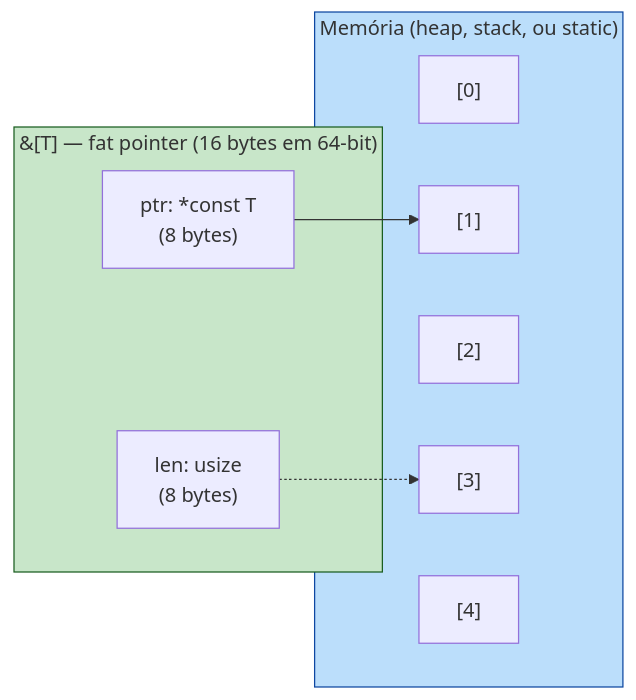
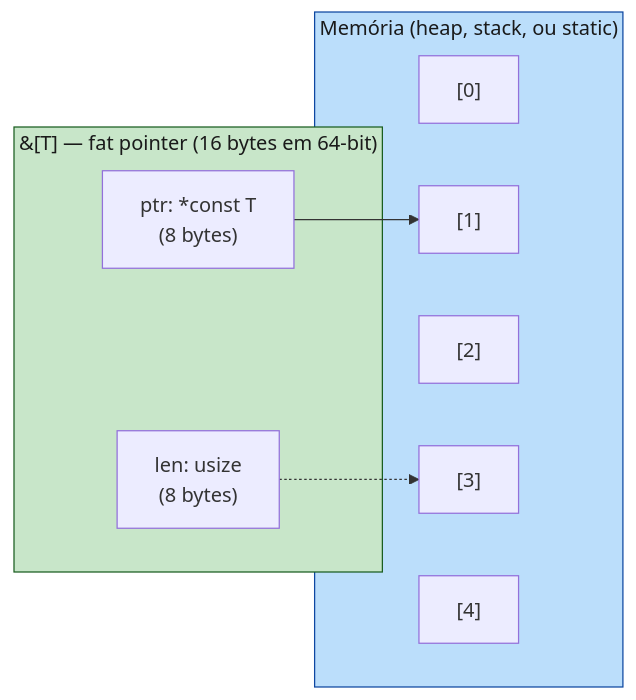
One commit to Felipeness/ferro-e-espirito changed the diagram in book/part-03-types-and-syntax/ch09-slices.md. Above: the diagram before and after it, drawn with Mermaid. The commit also changed 56 other files, not shown here.

First line of the commit message:
fix: contraste de texto em diagramas mermaid

````diff
--- a/book/part-03-types-and-syntax/ch09-slices.md
+++ b/book/part-03-types-and-syntax/ch09-slices.md
@@ -38,21 +38,21 @@
 ```mermaid
 graph LR
     subgraph Slice["&[T] — fat pointer (16 bytes em 64-bit)"]
         P["ptr: *const T<br/>(8 bytes)"]
         L["len: usize<br/>(8 bytes)"]
     end
 
     subgraph Heap["Memória (heap, stack, ou static)"]
         D0["[0]"]
         D1["[1]"]
         D2["[2]"]
         D3["[3]"]
         D4["[4]"]
     end
 
     P --> D1
     L -.-> D3
 
-    style Slice fill:#c8e6c9,stroke:#1b5e20
-    style Heap fill:#bbdefb,stroke:#0d47a1
+    style Slice fill:#c8e6c9,stroke:#1b5e20,color:#1a1a1a
+    style Heap fill:#bbdefb,stroke:#0d47a1,color:#1a1a1a
 ```
````
